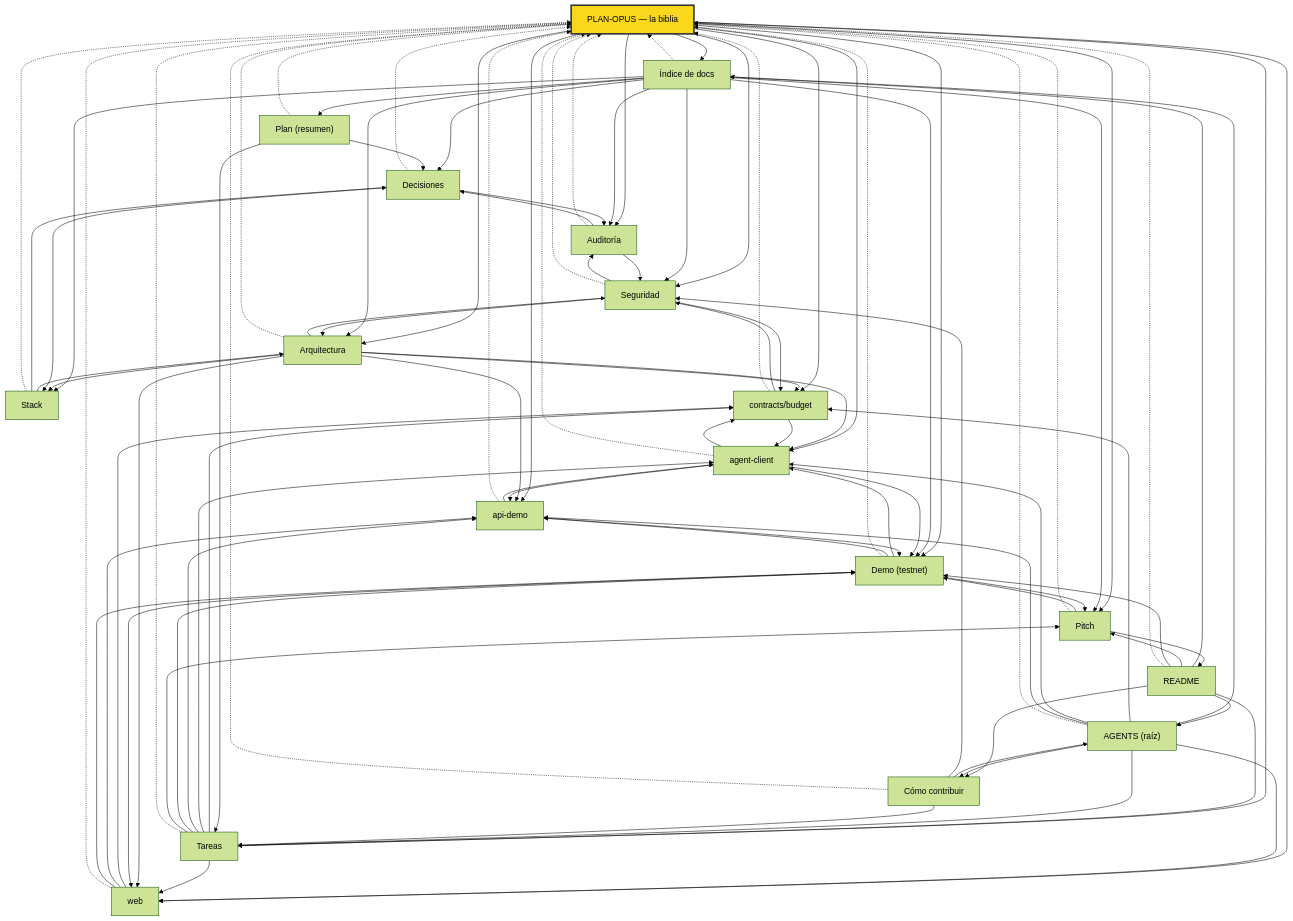
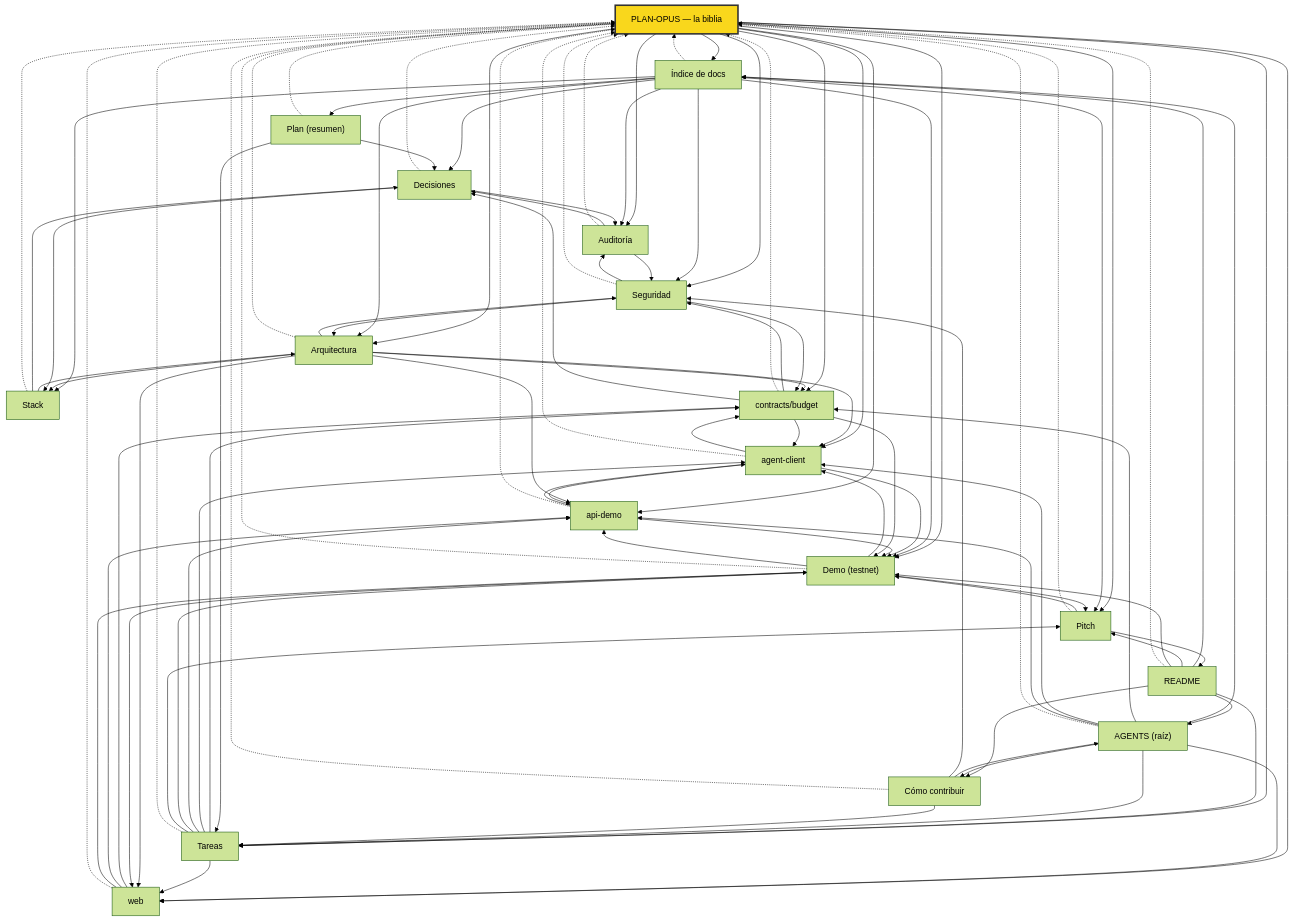
One commit to Milasur/quickchain changed the diagram in docs/MAPA.md. Above: the diagram before and after it, drawn with Mermaid (forest theme). The commit also changed other lines of this file and 4 other files, not shown here.

Commit message:
Q1: docs del contrato, decisiones, demo, seguridad y mapa

```diff
--- a/docs/MAPA.md
+++ b/docs/MAPA.md
@@ -111,6 +111,8 @@
   docs_DEMO_md -.-> docs_PLAN_OPUS_md
   docs_PITCH_md -.-> docs_PLAN_OPUS_md
   contracts_budget_AGENTS_md -.-> docs_PLAN_OPUS_md
+  contracts_budget_AGENTS_md --> docs_DEMO_md
+  contracts_budget_AGENTS_md --> docs_DECISIONES_md
   agent_client_AGENTS_md -.-> docs_PLAN_OPUS_md
   api_demo_AGENTS_md -.-> docs_PLAN_OPUS_md
   web_AGENTS_md -.-> docs_PLAN_OPUS_md
```
